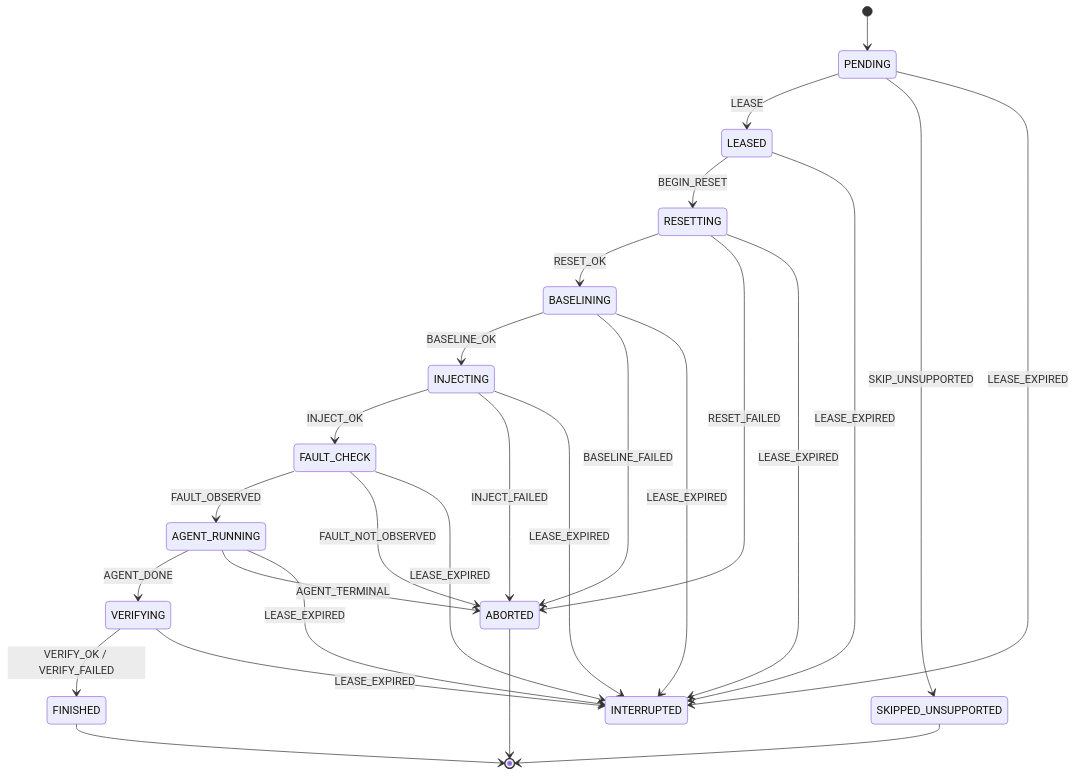
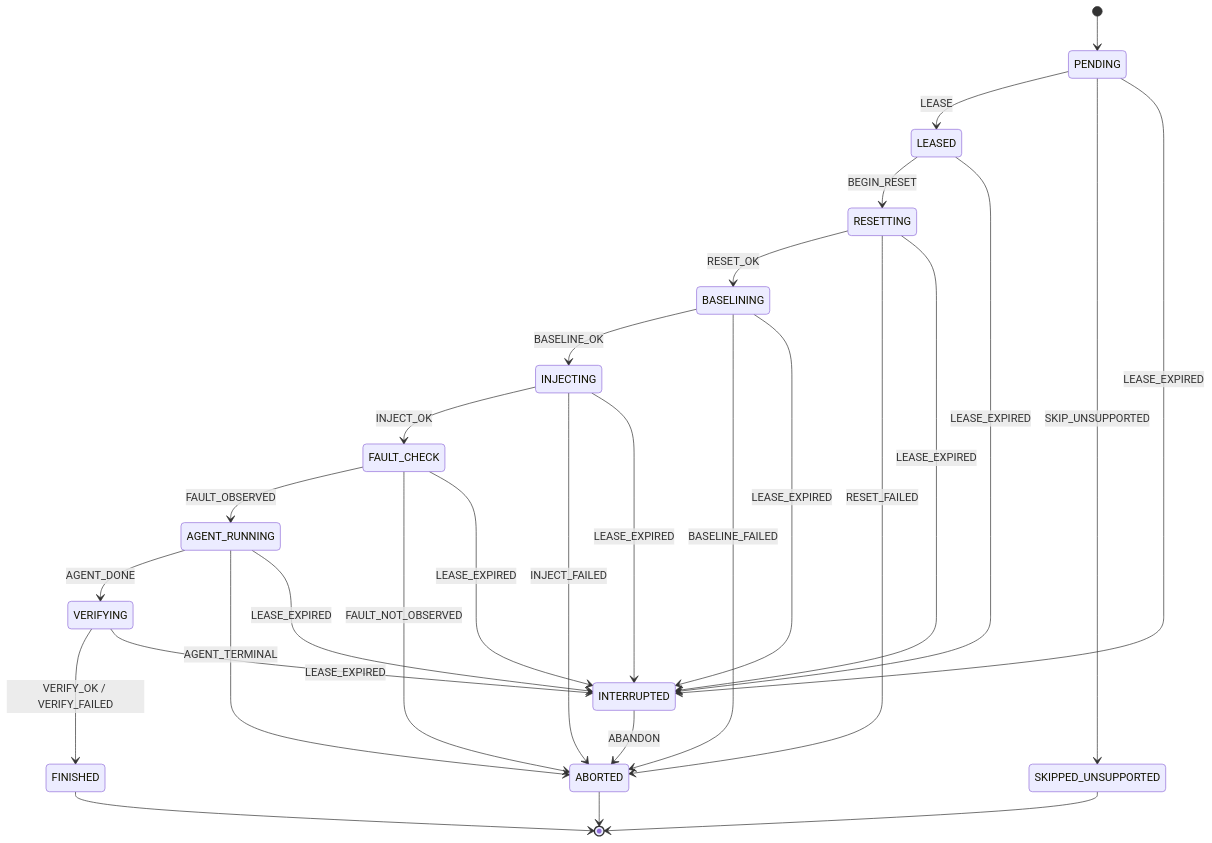
One commit to ratulb/k8s-chaos-harness changed the second of 3 diagrams in docs/STATE_MACHINE_DESIGN.md. Above: the diagram before and after it, drawn with Mermaid. The commit also changed other lines of this file and 22 other files, not shown here.

````diff
--- a/docs/STATE_MACHINE_DESIGN.md
+++ b/docs/STATE_MACHINE_DESIGN.md
@@ -1637,29 +900,30 @@
 ```mermaid
 stateDiagram-v2
     [*] --> PENDING
     PENDING --> LEASED: LEASE
     PENDING --> SKIPPED_UNSUPPORTED: SKIP_UNSUPPORTED
     LEASED --> RESETTING: BEGIN_RESET
     RESETTING --> BASELINING: RESET_OK
     RESETTING --> ABORTED: RESET_FAILED
     BASELINING --> INJECTING: BASELINE_OK
     BASELINING --> ABORTED: BASELINE_FAILED
     INJECTING --> FAULT_CHECK: INJECT_OK
     INJECTING --> ABORTED: INJECT_FAILED
     FAULT_CHECK --> AGENT_RUNNING: FAULT_OBSERVED
     FAULT_CHECK --> ABORTED: FAULT_NOT_OBSERVED
     AGENT_RUNNING --> VERIFYING: AGENT_DONE
     AGENT_RUNNING --> ABORTED: AGENT_TERMINAL
     VERIFYING --> FINISHED: VERIFY_OK / VERIFY_FAILED
     PENDING --> INTERRUPTED: LEASE_EXPIRED
     LEASED --> INTERRUPTED: LEASE_EXPIRED
     RESETTING --> INTERRUPTED: LEASE_EXPIRED
     BASELINING --> INTERRUPTED: LEASE_EXPIRED
     INJECTING --> INTERRUPTED: LEASE_EXPIRED
     FAULT_CHECK --> INTERRUPTED: LEASE_EXPIRED
     AGENT_RUNNING --> INTERRUPTED: LEASE_EXPIRED
     VERIFYING --> INTERRUPTED: LEASE_EXPIRED
+    INTERRUPTED --> ABORTED: ABANDON
     FINISHED --> [*]
     ABORTED --> [*]
     SKIPPED_UNSUPPORTED --> [*]
 ```
````
